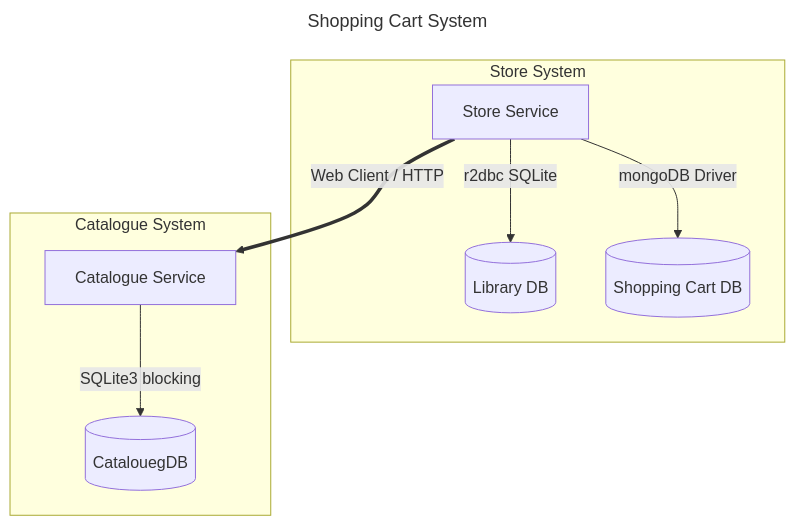
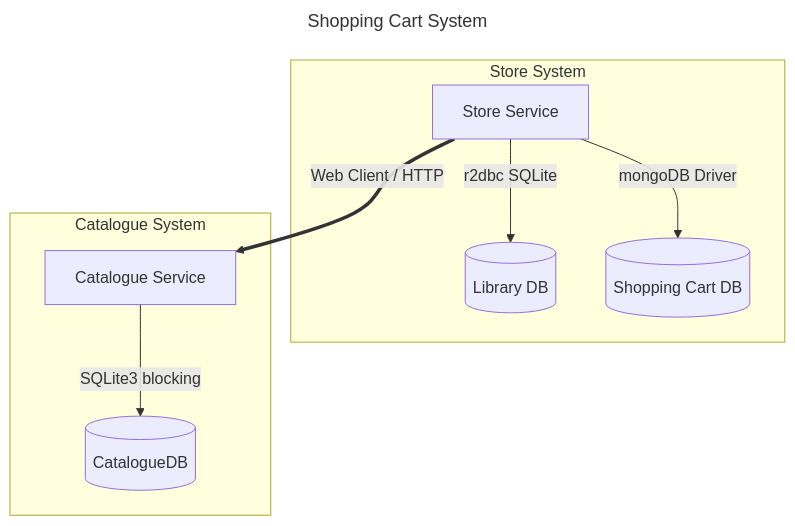
The diagram in README.md (MeloStudy/reactive-steam-purchase-system), drawn with Mermaid before and after one commit.

````diff
--- a/README.md
+++ b/README.md
@@ -21,23 +21,23 @@
 ```mermaid
 ---
 title:  Shopping Cart System
 ---
 graph TD
     subgraph storeSystem [Store System]
         storeService[Store Service]
         libraryDb[(Library DB)]
         shoppingCartDb[(Shopping Cart DB)]
         
         storeService -->|r2dbc SQLite| libraryDb
         storeService -->|mongoDB Driver| shoppingCartDb
     end
     
     storeService ==Web Client / HTTP==> catalogueService
     
     subgraph catalogueSystem [Catalogue System]
         catalogueService[Catalogue Service]
-        catalogueDb[(CatalouegDB)]
+        catalogueDb[(CatalogueDB)]
         
         catalogueService -->|SQLite3 blocking| catalogueDb
     end
 ```
````
